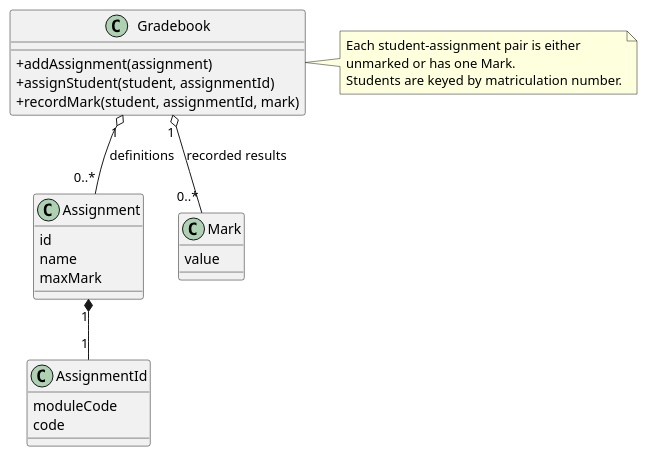
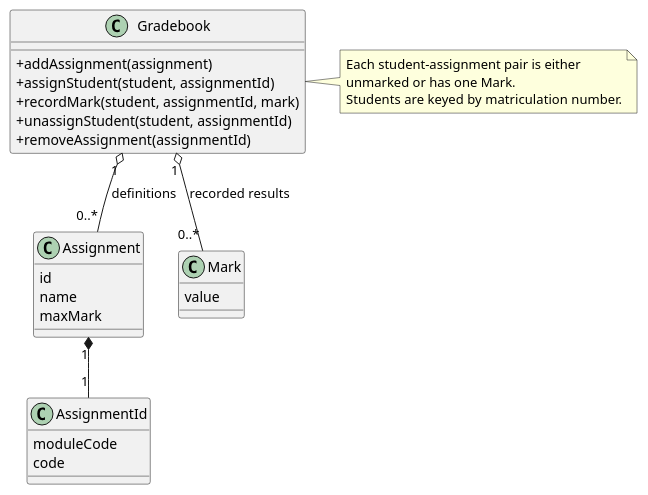
One commit to AY2627S1-CS2103T-T10-2/tp changed the diagram in docs/diagrams/GradebookDomainDiagram.puml. Above: the diagram before and after it, drawn with PlantUML. The commit also changed 9 other files, not shown here.

```diff
--- a/docs/diagrams/GradebookDomainDiagram.puml
+++ b/docs/diagrams/GradebookDomainDiagram.puml
@@ -1,34 +1,36 @@
 @startuml
 skinparam classAttributeIconSize 0
 
 class Gradebook {
     +addAssignment(assignment)
     +assignStudent(student, assignmentId)
     +recordMark(student, assignmentId, mark)
+    +unassignStudent(student, assignmentId)
+    +removeAssignment(assignmentId)
 }
 
 class Assignment {
     id
     name
     maxMark
 }
 
 class AssignmentId {
     moduleCode
     code
 }
 
 class Mark {
     value
 }
 
 Gradebook "1" o-- "0..*" Assignment : definitions
 Gradebook "1" o-- "0..*" Mark : recorded results
 Assignment "1" *-- "1" AssignmentId
 
 note right of Gradebook
   Each student-assignment pair is either
   unmarked or has one Mark.
   Students are keyed by matriculation number.
 end note
 @enduml
```
